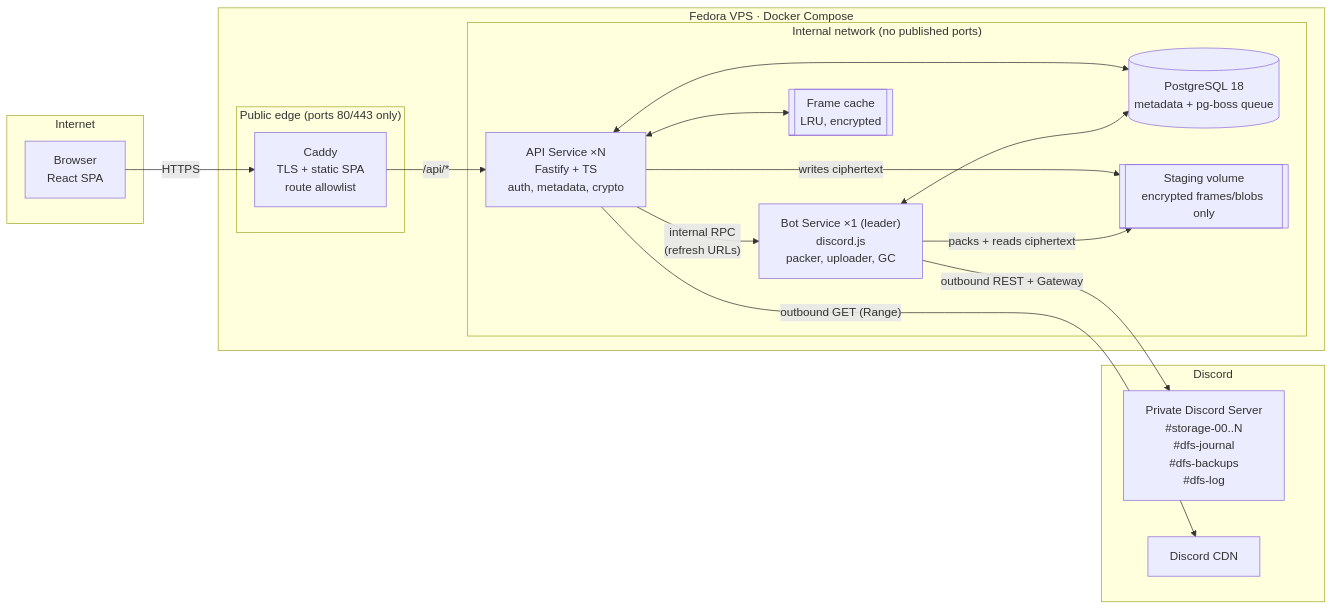
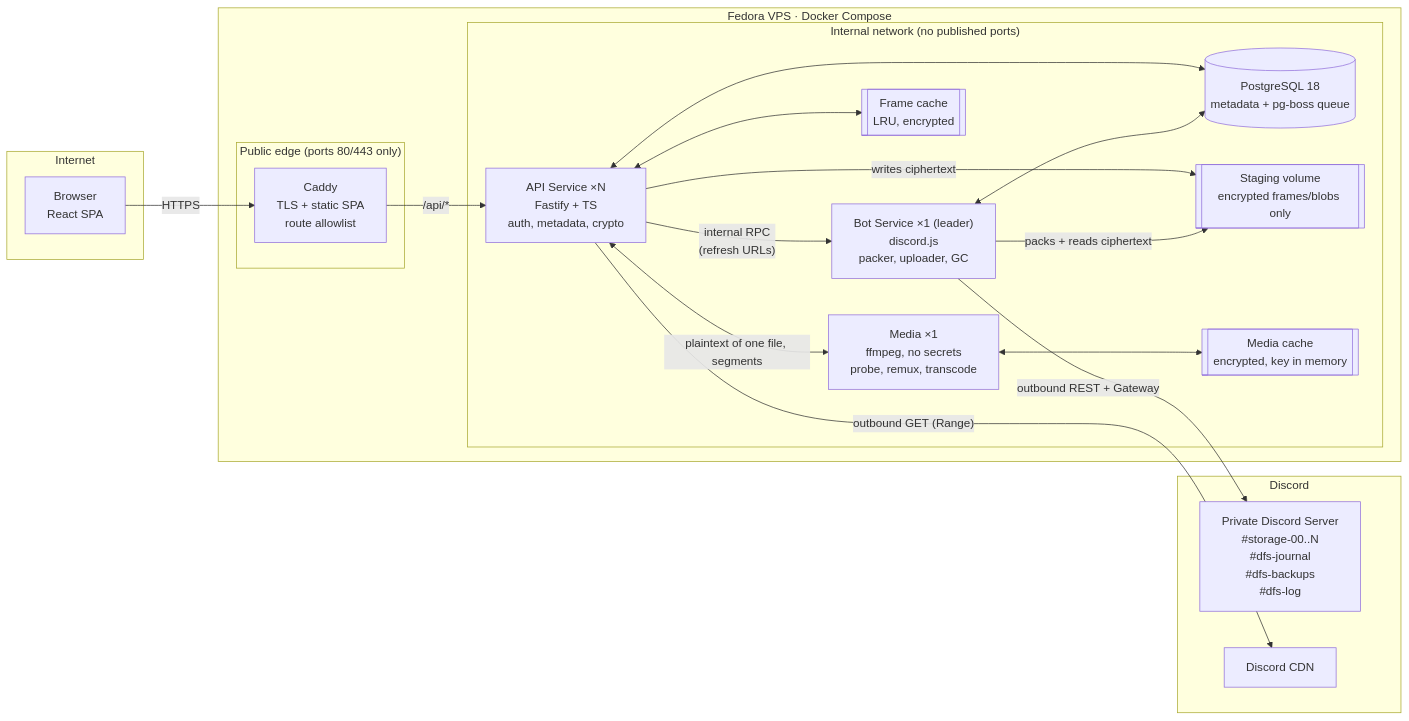
Before and after one commit to AlexB8675/DFS: the first of 11 diagrams in docs/DESIGN.md, drawn with Mermaid. The commit also changed other lines of this file and 1 other file, not shown here.

First line of the commit message:
Design audio and video: direct play, remux or transcode, and two players

````diff
--- a/docs/DESIGN.md
+++ b/docs/DESIGN.md
@@ -67,35 +67,39 @@
 ```mermaid
 flowchart LR
     subgraph Client["Internet"]
         WEB["Browser<br/>React SPA"]
     end
 
     subgraph VPS["Fedora VPS · Docker Compose"]
         subgraph Edge["Public edge (ports 80/443 only)"]
             PROXY["Caddy<br/>TLS + static SPA<br/>route allowlist"]
         end
         subgraph Core["Internal network (no published ports)"]
             API["API Service ×N<br/>Fastify + TS<br/>auth, metadata, crypto"]
             BOT["Bot Service ×1 (leader)<br/>discord.js<br/>packer, uploader, GC"]
             PG[("PostgreSQL 18<br/>metadata + pg-boss queue")]
             STAGE[["Staging volume<br/>encrypted frames/blobs only"]]
             CACHE[["Frame cache<br/>LRU, encrypted"]]
+            MEDIA["Media ×1<br/>ffmpeg, no secrets<br/>probe, remux, transcode"]
+            MCACHE[["Media cache<br/>encrypted, key in memory"]]
         end
     end
 
     subgraph Discord
         GUILD["Private Discord Server<br/>#storage-00..N<br/>#dfs-journal<br/>#dfs-backups<br/>#dfs-log"]
         CDN["Discord CDN"]
     end
 
     WEB -- "HTTPS" --> PROXY
     PROXY -- "/api/*" --> API
     API <--> PG
     BOT <--> PG
     API -- writes ciphertext --> STAGE
     BOT -- "packs + reads ciphertext" --> STAGE
     API -- "internal RPC<br/>(refresh URLs)" --> BOT
     BOT -- "outbound REST + Gateway" --> GUILD
     API -- "outbound GET (Range)" --> CDN
     API <--> CACHE
+    API <-->|"plaintext of one file, segments"| MEDIA
+    MEDIA <--> MCACHE
 ```
````
